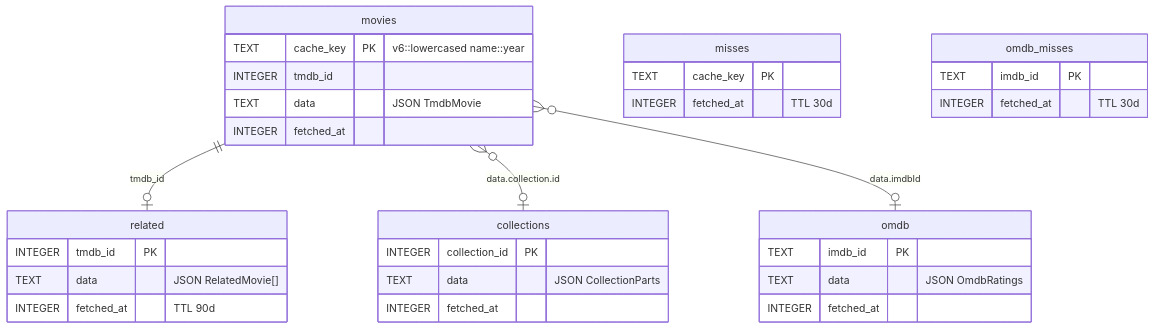
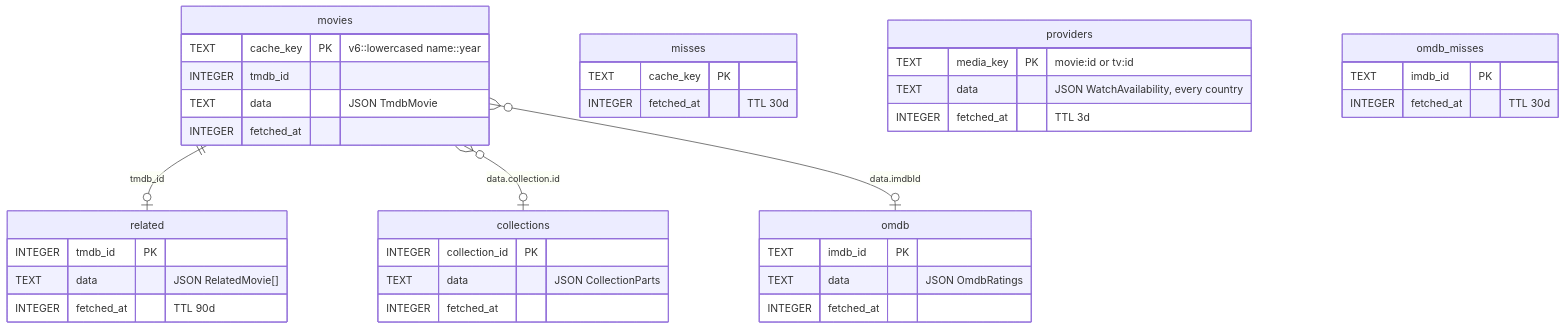
One commit to LaurinSorgend/letterboxd-vizard changed the eighth of 26 diagrams in docs/ARCHITECTURE.md. Above: the diagram before and after it, drawn with Mermaid. The commit also changed 21 other files, not shown here.

Commit message:
Add a watchlist view with filters, sorting and streaming availability by country

````diff
--- a/docs/ARCHITECTURE.md
+++ b/docs/ARCHITECTURE.md
@@ -377,35 +377,40 @@
 ```mermaid
 erDiagram
     movies {
         TEXT cache_key PK "v6::lowercased name::year"
         INTEGER tmdb_id
         TEXT data "JSON TmdbMovie"
         INTEGER fetched_at
     }
     misses {
         TEXT cache_key PK
         INTEGER fetched_at "TTL 30d"
     }
     related {
         INTEGER tmdb_id PK
         TEXT data "JSON RelatedMovie[]"
         INTEGER fetched_at "TTL 90d"
     }
     collections {
         INTEGER collection_id PK
         TEXT data "JSON CollectionParts"
         INTEGER fetched_at
     }
+    providers {
+        TEXT media_key PK "movie:id or tv:id"
+        TEXT data "JSON WatchAvailability, every country"
+        INTEGER fetched_at "TTL 3d"
+    }
     omdb {
         TEXT imdb_id PK
         TEXT data "JSON OmdbRatings"
         INTEGER fetched_at
     }
     omdb_misses {
         TEXT imdb_id PK
         INTEGER fetched_at "TTL 30d"
     }
     movies ||--o| related : "tmdb_id"
     movies }o--o| collections : "data.collection.id"
     movies }o--o| omdb : "data.imdbId"
 ```
````
